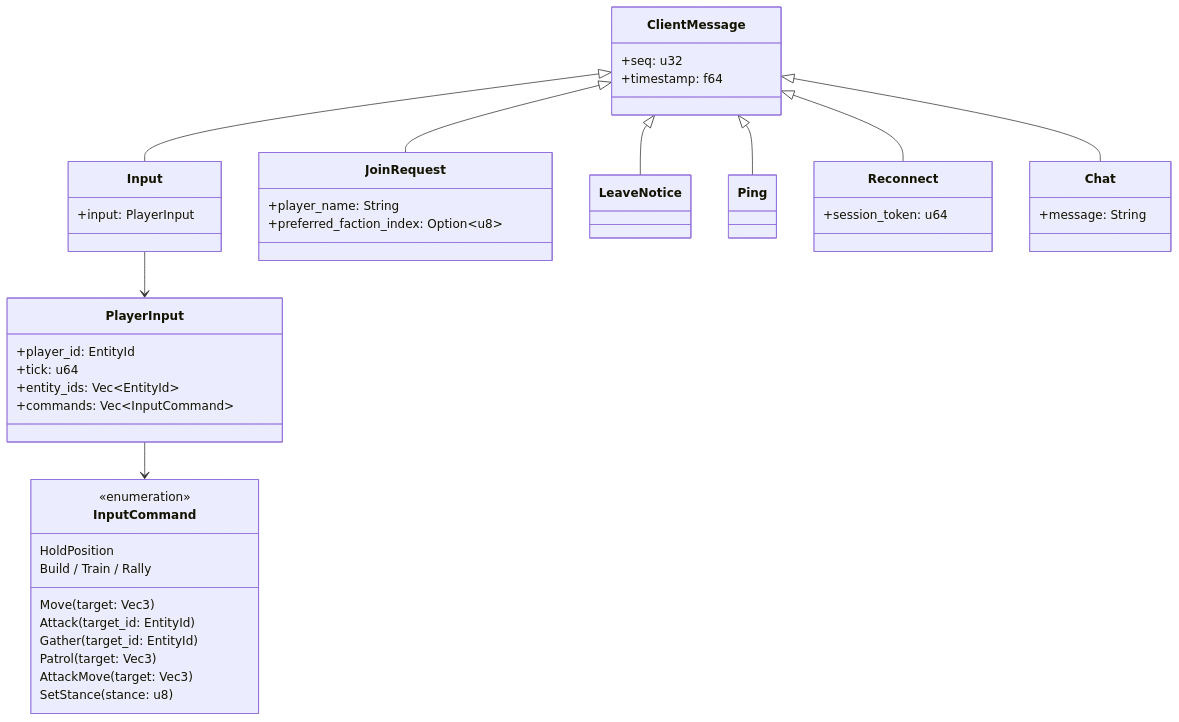
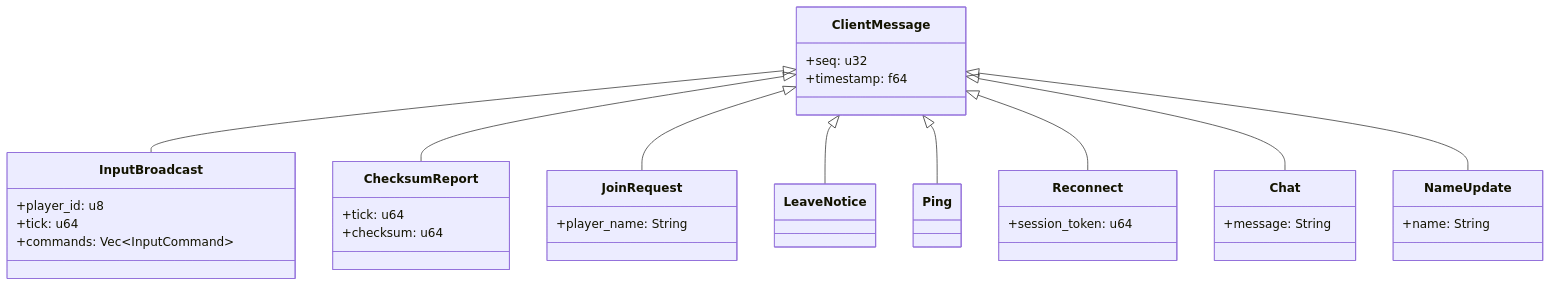
The sixth of 10 diagrams in docs/mul-arch.md (pashaydev/RTS), drawn with Mermaid before and after one commit. The commit also changed other lines of this file and 77 other files, not shown here.

````diff
--- a/docs/mul-arch.md
+++ b/docs/mul-arch.md
@@ -236,52 +285,39 @@
 ```mermaid
 classDiagram
     class ClientMessage {
         +seq: u32
         +timestamp: f64
     }
-    class Input {
-        +input: PlayerInput
+    class InputBroadcast {
+        +player_id: u8
+        +tick: u64
+        +commands: Vec~InputCommand~
+    }
+    class ChecksumReport {
+        +tick: u64
+        +checksum: u64
     }
     class JoinRequest {
         +player_name: String
-        +preferred_faction_index: Option~u8~
     }
     class LeaveNotice
     class Ping
     class Reconnect {
         +session_token: u64
     }
     class Chat {
         +message: String
     }
+    class NameUpdate {
+        +name: String
+    }
 
-    ClientMessage <|-- Input
+    ClientMessage <|-- InputBroadcast
+    ClientMessage <|-- ChecksumReport
     ClientMessage <|-- JoinRequest
     ClientMessage <|-- LeaveNotice
     ClientMessage <|-- Ping
     ClientMessage <|-- Reconnect
     ClientMessage <|-- Chat
-
-    class PlayerInput {
-        +player_id: EntityId
-        +tick: u64
-        +entity_ids: Vec~EntityId~
-        +commands: Vec~InputCommand~
-    }
-
-    Input --> PlayerInput
-
-    class InputCommand {
-        <<enumeration>>
-        Move(target: Vec3)
-        Attack(target_id: EntityId)
-        Gather(target_id: EntityId)
-        Patrol(target: Vec3)
-        AttackMove(target: Vec3)
-        HoldPosition
-        SetStance(stance: u8)
-        Build / Train / Rally
-    }
-
-    PlayerInput --> InputCommand
+    ClientMessage <|-- NameUpdate
 ```
````
